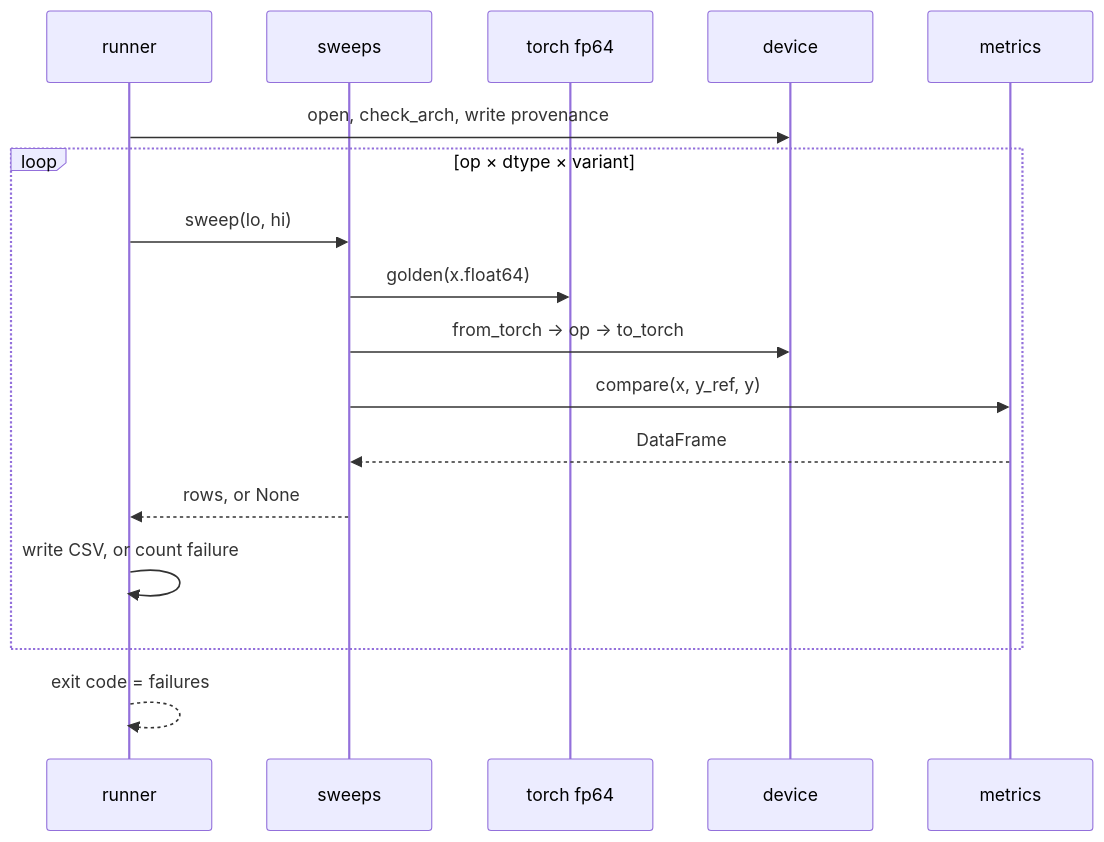
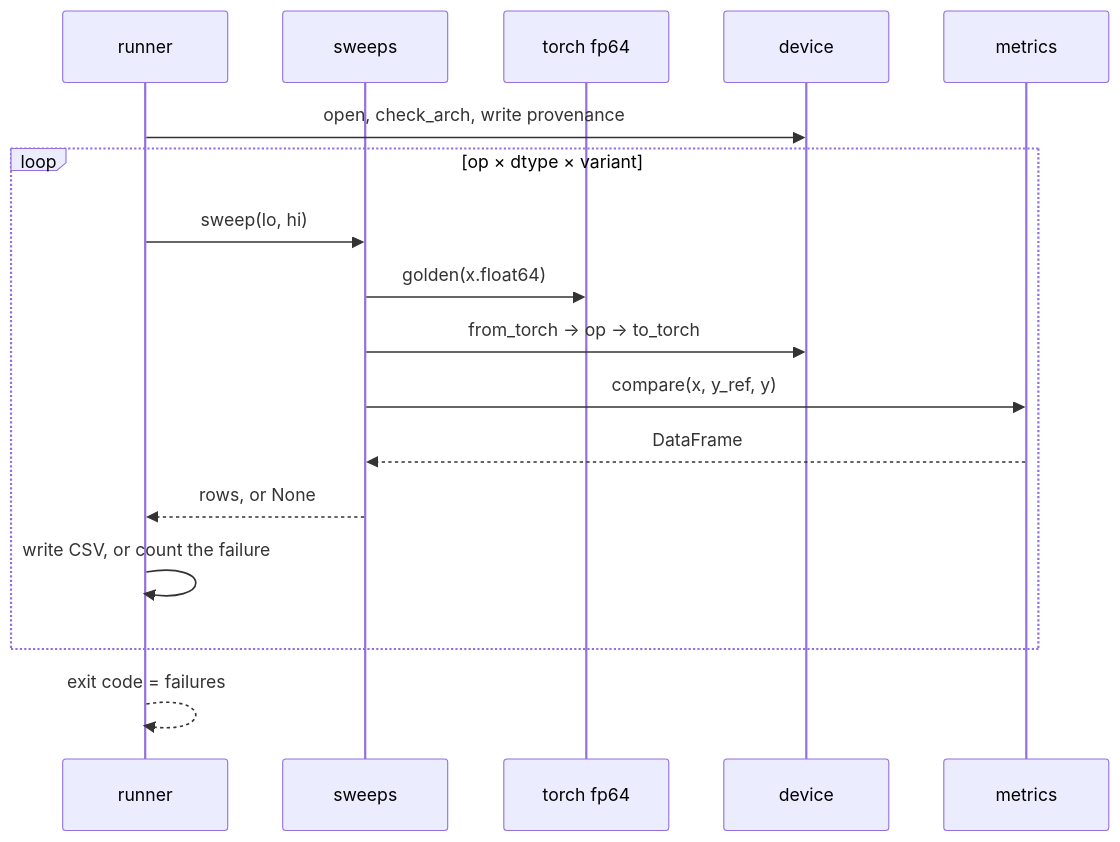
Before and after one commit to tenstorrent/tt-eltwise-accuracy-report: the fourth of 4 diagrams in docs/architecture.md, drawn with Mermaid. The commit also changed other lines of this file and 8 other files, not shown here.

````diff
--- a/docs/architecture.md
+++ b/docs/architecture.md
@@ -139,20 +142,20 @@
 ```mermaid
 sequenceDiagram
     participant R as runner
     participant S as sweeps
     participant G as torch fp64
     participant H as device
     participant M as metrics
 
     R->>H: open, check_arch, write provenance
     loop op × dtype × variant
         R->>S: sweep(lo, hi)
         S->>G: golden(x.float64)
         S->>H: from_torch → op → to_torch
         S->>M: compare(x, y_ref, y)
         M-->>S: DataFrame
         S-->>R: rows, or None
-        R->>R: write CSV, or count failure
+        R->>R: write CSV, or count the failure
     end
     R-->>R: exit code = failures
 ```
````
